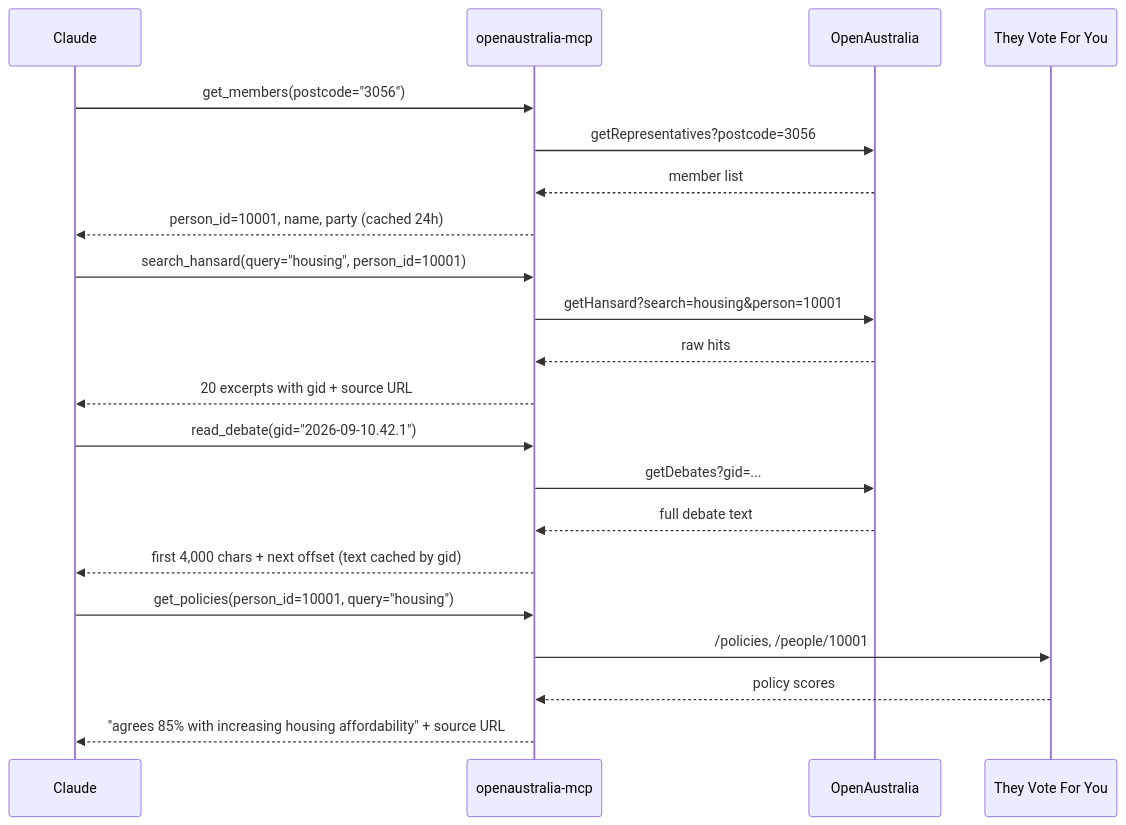
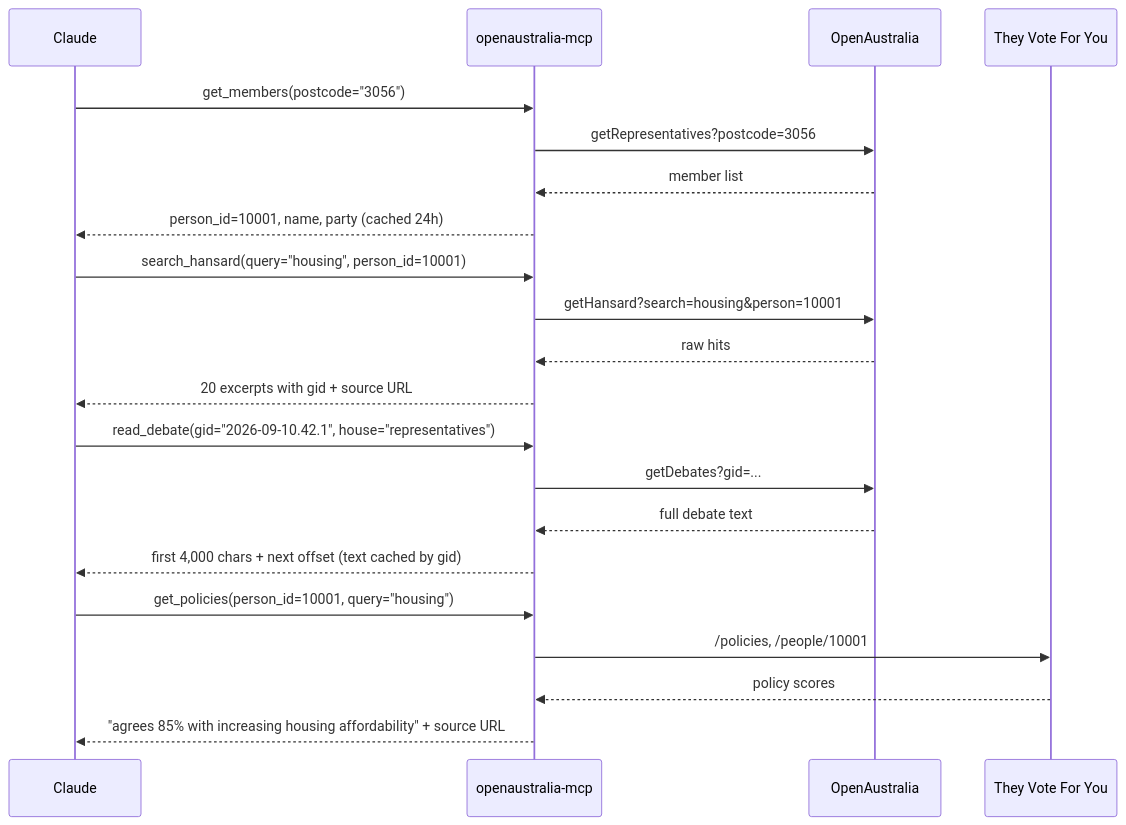
Before and after one commit to jeremiah-wa/openaustralia-mcp: the third of 6 diagrams in docs/architecture.md, drawn with Mermaid. The commit also changed other lines of this file and 2 other files, not shown here.

Commit message:
docs: record read_debate's design and update status

````diff
--- a/docs/architecture.md
+++ b/docs/architecture.md
@@ -112,27 +112,27 @@
 ```mermaid
 sequenceDiagram
     participant C as Claude
     participant S as openaustralia-mcp
     participant OA as OpenAustralia
     participant TV as They Vote For You
 
     C->>S: get_members(postcode="3056")
     S->>OA: getRepresentatives?postcode=3056
     OA-->>S: member list
     S-->>C: person_id=10001, name, party (cached 24h)
 
     C->>S: search_hansard(query="housing", person_id=10001)
     S->>OA: getHansard?search=housing&person=10001
     OA-->>S: raw hits
     S-->>C: 20 excerpts with gid + source URL
 
-    C->>S: read_debate(gid="2026-09-10.42.1")
+    C->>S: read_debate(gid="2026-09-10.42.1", house="representatives")
     S->>OA: getDebates?gid=...
     OA-->>S: full debate text
     S-->>C: first 4,000 chars + next offset (text cached by gid)
 
     C->>S: get_policies(person_id=10001, query="housing")
     S->>TV: /policies, /people/10001
     TV-->>S: policy scores
     S-->>C: "agrees 85% with increasing housing affordability" + source URL
 ```
````
